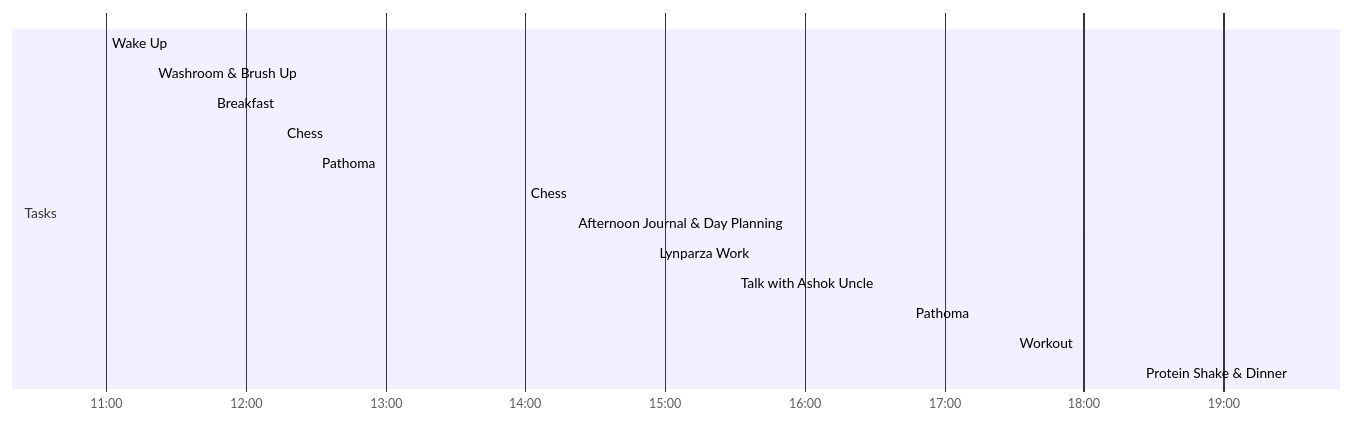
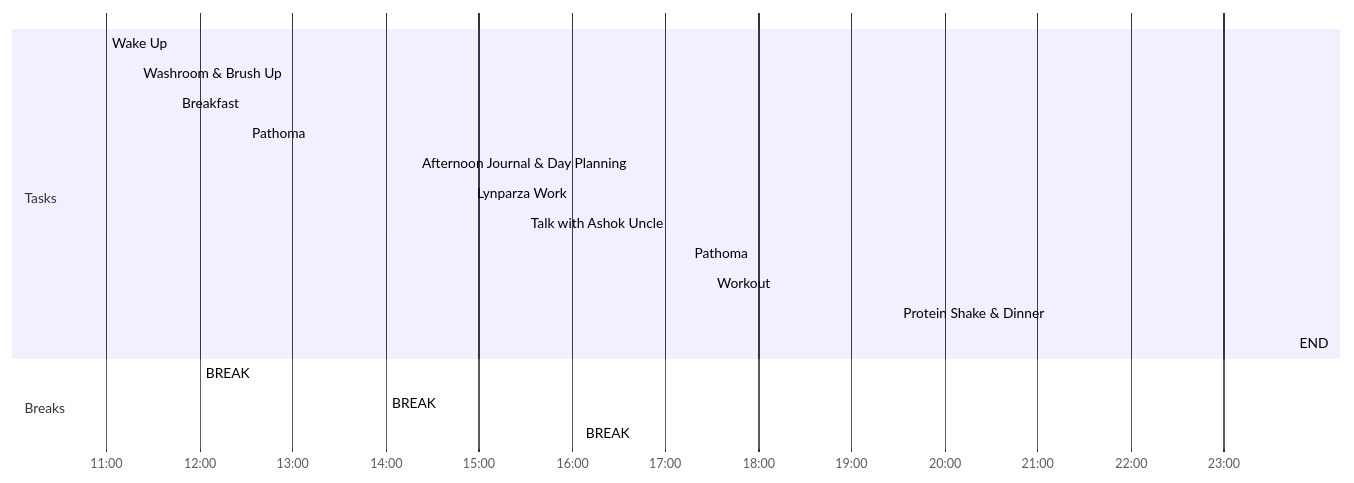
Before and after one commit to nihitkhandelwal-eng/The_Brainforest: the diagram in 🌱 Journal/2022/Quarter 2/05-May/22-May-22.md, drawn with Mermaid. The commit also changed other lines of this file, not shown here.

Commit message:
Auto Backup: 22-May-22 17:19
Affected files:
🌱 Journal/2022/Quarter 2/05-May/22-May-22.md

````diff
--- a/🌱 Journal/2022/Quarter 2/05-May/22-May-22.md
+++ b/🌱 Journal/2022/Quarter 2/05-May/22-May-22.md
@@ -22,21 +21,22 @@
 ```mermaid
 gantt
     dateFormat  HH-mm
     axisFormat %H:%M
-    %% Current Time: 5:08:43 PM
+    %% Current Time: 5:19:43 PM
     section Tasks
     Wake Up     :11-00, 20mm
     Washroom & Brush Up     :11-20, 25mm
-    Breakfast     :11-45, 30mm
-    Chess     :12-15, 15mm
+    Breakfast     :11-45, 15mm
     Pathoma     :12-30, 90mm
-    Chess     :14-00, 20mm
     Afternoon Journal & Day Planning     :14-20, 35mm
     Lynparza Work     :14-55, 35mm
-    Talk with Ashok Uncle     :15-30, 75mm
-    Pathoma     :16-45, 45mm
+    Talk with Ashok Uncle     :15-30, 35mm
+    Pathoma     :17-15, 15mm
     Workout     :17-30, 120mm
-    Protein Shake & Dinner     :19-30, 0mm
+    Protein Shake & Dinner     :19-30, 255mm
+    END     :23-45, 0mm
     section Breaks
-
+    BREAK     :12-00, 30mm
+    BREAK     :14-00, 20mm
+    BREAK     :16-05, 70mm
 ```
````
